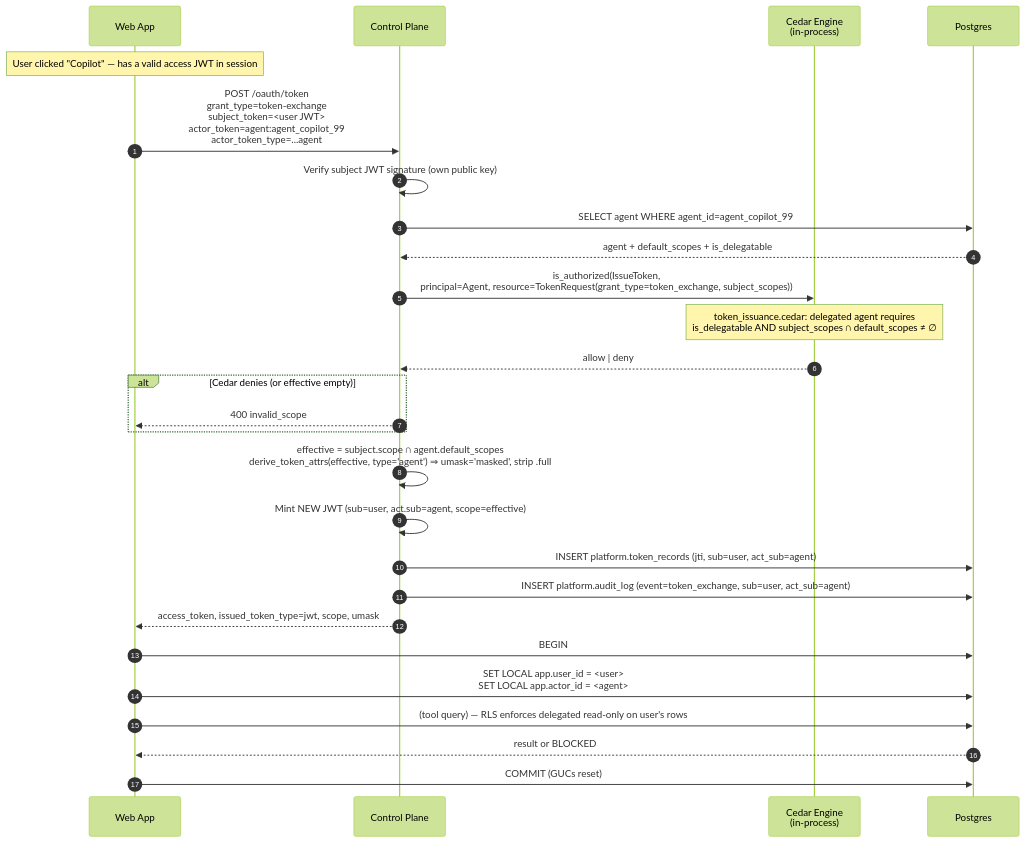
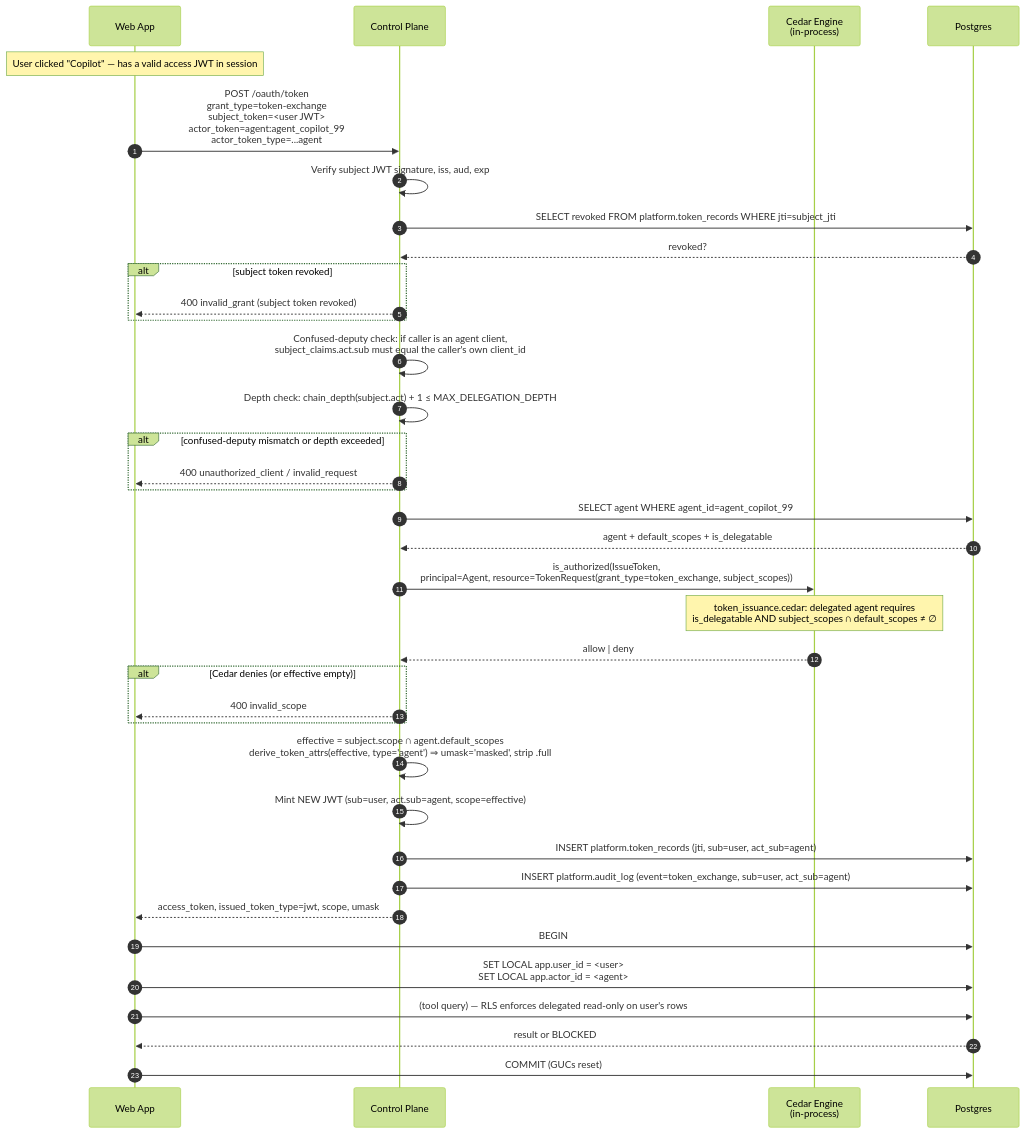
The fourth of 9 diagrams in docs/ARCHITECTURE.md (theRealMarkCastillo/identity-demo), drawn with Mermaid (forest theme) before and after one commit. The commit also changed other lines of this file, not shown here.

Commit message:
Fix doc/code drift found in full documentation review
Reviewed all docs and diagrams against the current implementation
(mermaid diagrams, symbol/line citations, enumerated counts and
FAQ lists, cross-doc consistency). Most of it held up; one real
issue found and fixed:

- The §3 "why split between browser sessions and API JWTs" table
  claimed cli-agent verifies its JWT via run_with_identity before
  touching the DB, same as the web app. False: cli-agent sets
  Postgres GUCs directly from its own local config and never
  verifies the token it fetches. Split into two accurate rows and
  added a §13 non-goals bullet spelling out the consequence
  (revoking a headless agent's token doesn't stop cli-agent's own
  next write, only paths that actually check it).
- The §7.2 RFC 8693 Token Exchange diagram only showed the original
  single-hop happy path. Added the revocation check, confused-deputy
  check, and depth-cap steps that were implemented this session, so
  the diagram matches _grant_token_exchange as it actually runs.

````diff
--- a/docs/ARCHITECTURE.md
+++ b/docs/ARCHITECTURE.md
@@ -679,31 +680,41 @@
 ```mermaid
 sequenceDiagram
     autonumber
     participant W as Web App
     participant CP as Control Plane
     participant CEDAR as Cedar Engine<br/>(in-process)
     participant DB as Postgres
 
     Note over W: User clicked "Copilot" — has a valid access JWT in session
 
     W->>CP: POST /oauth/token<br/>grant_type=token-exchange<br/>subject_token=<user JWT><br/>actor_token=agent:agent_copilot_99<br/>actor_token_type=...agent
-    CP->>CP: Verify subject JWT signature (own public key)
+    CP->>CP: Verify subject JWT signature, iss, aud, exp
+    CP->>DB: SELECT revoked FROM platform.token_records WHERE jti=subject_jti
+    DB-->>CP: revoked?
+    alt subject token revoked
+        CP-->>W: 400 invalid_grant (subject token revoked)
+    end
+    CP->>CP: Confused-deputy check: if caller is an agent client,<br/>subject_claims.act.sub must equal the caller's own client_id
+    CP->>CP: Depth check: chain_depth(subject.act) + 1 ≤ MAX_DELEGATION_DEPTH
+    alt confused-deputy mismatch or depth exceeded
+        CP-->>W: 400 unauthorized_client / invalid_request
+    end
     CP->>DB: SELECT agent WHERE agent_id=agent_copilot_99
     DB-->>CP: agent + default_scopes + is_delegatable
     CP->>CEDAR: is_authorized(IssueToken,<br/>principal=Agent, resource=TokenRequest(grant_type=token_exchange, subject_scopes))
     Note over CEDAR: token_issuance.cedar: delegated agent requires<br/>is_delegatable AND subject_scopes ∩ default_scopes ≠ ∅
     CEDAR-->>CP: allow | deny
     alt Cedar denies (or effective empty)
         CP-->>W: 400 invalid_scope
     end
     CP->>CP: effective = subject.scope ∩ agent.default_scopes<br/>derive_token_attrs(effective, type='agent') ⇒ umask='masked', strip .full
     CP->>CP: Mint NEW JWT (sub=user, act.sub=agent, scope=effective)
     CP->>DB: INSERT platform.token_records (jti, sub=user, act_sub=agent)
     CP->>DB: INSERT platform.audit_log (event=token_exchange, sub=user, act_sub=agent)
     CP-->>W: access_token, issued_token_type=jwt, scope, umask
     W->>DB: BEGIN
     W->>DB: SET LOCAL app.user_id = <user><br/>SET LOCAL app.actor_id = <agent>
     W->>DB: (tool query) — RLS enforces delegated read-only on user's rows
     DB-->>W: result or BLOCKED
     W->>DB: COMMIT (GUCs reset)
 ```
````
